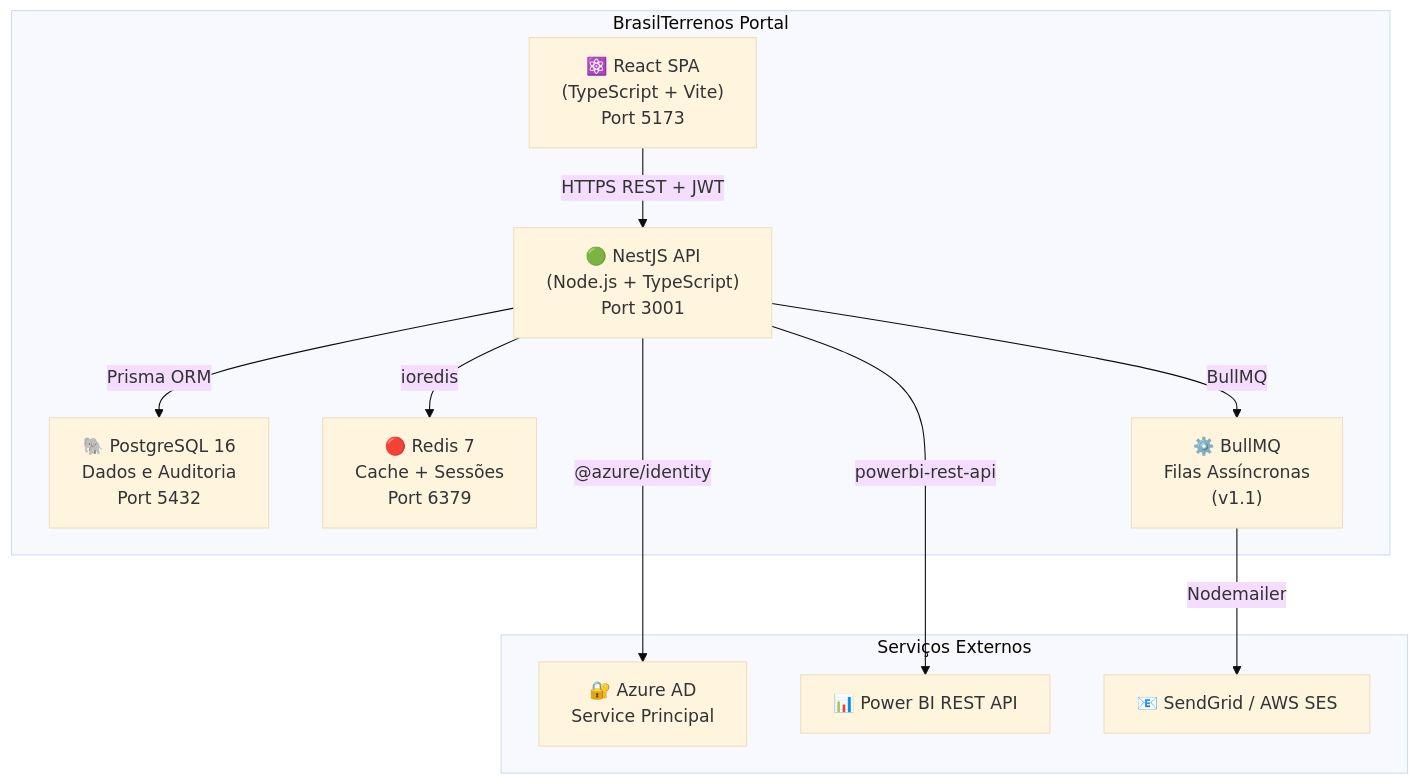
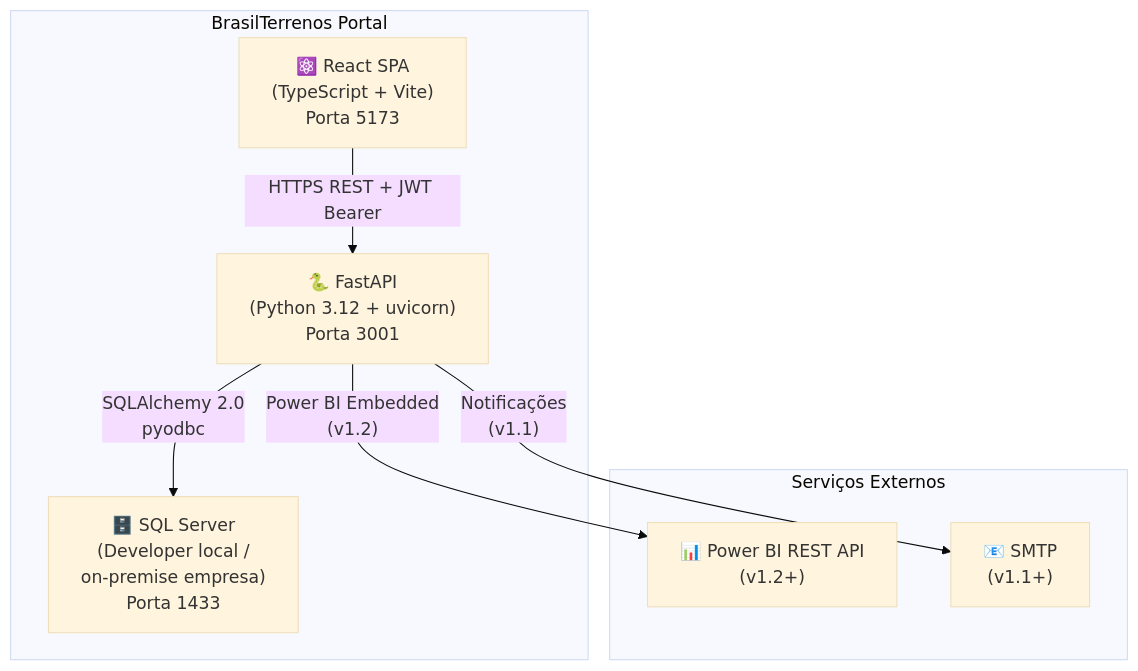
One commit to vinisoarescastro/cgid changed the second of 4 diagrams in docs/06-arquitetura/03-diagramas.md. Above: the diagram before and after it, drawn with Mermaid (base theme). The commit also changed other lines of this file and 14 other files, not shown here.

Commit message:
chore: ampliar gitignore para ambiente local docs: expandir readme com setup e stack do projeto docs: migrar arquitetura e modelagem para FastAPI e SQL Server docs: revisar estratégias de performance e observabilidade da v1 docs: ajustar escopo, roadmap e referências do protótipo

````diff
--- a/docs/06-arquitetura/03-diagramas.md
+++ b/docs/06-arquitetura/03-diagramas.md
@@ -37,25 +35,19 @@
 ```mermaid
 graph TB
     subgraph "BrasilTerrenos Portal"
-        FE["⚛️ React SPA\n(TypeScript + Vite)\nPort 5173"]
-        API["🟢 NestJS API\n(Node.js + TypeScript)\nPort 3001"]
-        DB["🐘 PostgreSQL 16\nDados e Auditoria\nPort 5432"]
-        CACHE["🔴 Redis 7\nCache + Sessões\nPort 6379"]
-        QUEUE["⚙️ BullMQ\nFilas Assíncronas\n(v1.1)"]
+        FE["⚛️ React SPA\n(TypeScript + Vite)\nPorta 5173"]
+        API["🐍 FastAPI\n(Python 3.12 + uvicorn)\nPorta 3001"]
+        DB["🗄️ SQL Server\n(Developer local /\non-premise empresa)\nPorta 1433"]
     end
 
-    FE -->|"HTTPS REST + JWT"| API
-    API -->|"Prisma ORM"| DB
-    API -->|"ioredis"| CACHE
-    API -->|"BullMQ"| QUEUE
+    FE -->|"HTTPS REST + JWT Bearer"| API
+    API -->|"SQLAlchemy 2.0\npyodbc"| DB
 
     subgraph "Serviços Externos"
-        AAD["🔐 Azure AD\nService Principal"]
-        PBI["📊 Power BI REST API"]
-        SMTP["📧 SendGrid / AWS SES"]
+        PBI["📊 Power BI REST API\n(v1.2+)"]
+        SMTP["📧 SMTP\n(v1.1+)"]
     end
 
-    API -->|"@azure/identity"| AAD
-    API -->|"powerbi-rest-api"| PBI
-    QUEUE -->|"Nodemailer"| SMTP
+    API -->|"Power BI Embedded\n(v1.2)"| PBI
+    API -->|"Notificações\n(v1.1)"| SMTP
 ```
````
